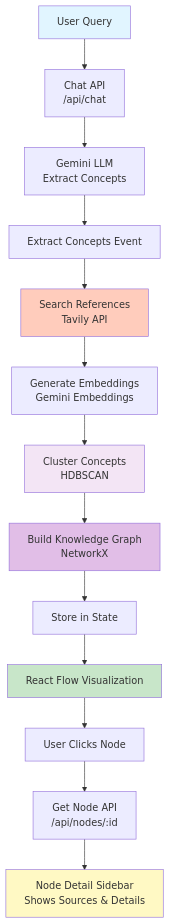
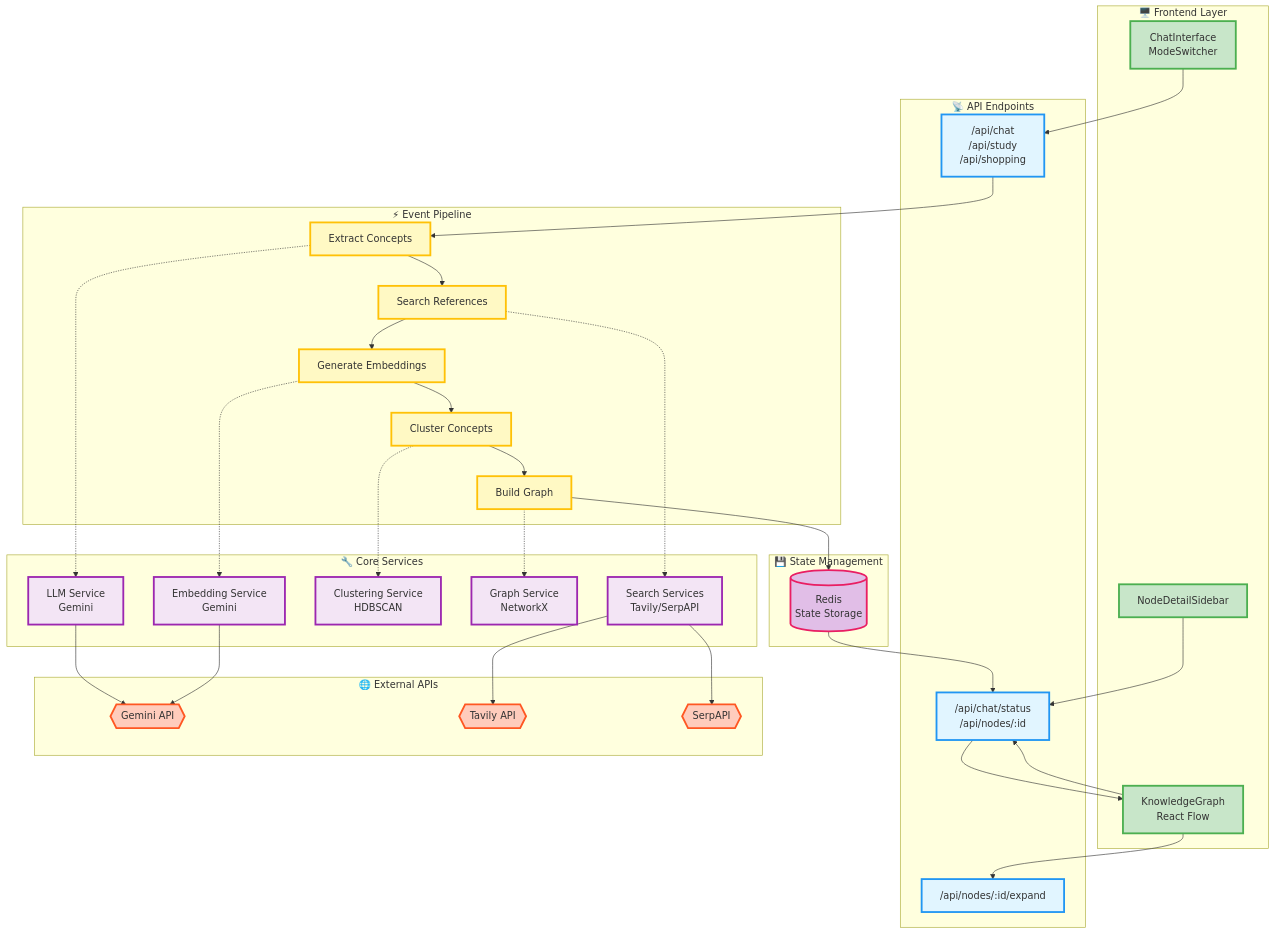
Before and after one commit to dhyaneesh/motia-hack: the diagram in README.md, drawn with Mermaid.

Commit message:
Revise architecture diagram in README

````diff
--- a/README.md
+++ b/README.md
@@ -71,22 +71,80 @@
 ```mermaid
-flowchart TD
-    User[User Query] --> API[Chat API<br/>/api/chat]
-    API --> LLM[Gemini LLM<br/>Extract Concepts]
-    LLM --> Extract[Extract Concepts Event]
-    Extract --> Search[Search References<br/>Tavily API]
-    Search --> Embed[Generate Embeddings<br/>Gemini Embeddings]
-    Embed --> Cluster[Cluster Concepts<br/>HDBSCAN]
-    Cluster --> Graph[Build Knowledge Graph<br/>NetworkX]
-    Graph --> State[Store in State]
-    State --> Frontend[React Flow Visualization]
-    Frontend --> NodeClick[User Clicks Node]
-    NodeClick --> GetNode[Get Node API<br/>/api/nodes/:id]
-    GetNode --> Sidebar[Node Detail Sidebar<br/>Shows Sources & Details]
-    
-    style User fill:#e1f5ff
-    style Frontend fill:#c8e6c9
-    style Sidebar fill:#fff9c4
-    style Search fill:#ffccbc
-    style Cluster fill:#f3e5f5
-    style Graph fill:#e1bee7
+flowchart TB
+    subgraph Frontend["🖥️ Frontend Layer"]
+        UI[ChatInterface<br/>ModeSwitcher]
+        Graph[KnowledgeGraph<br/>React Flow]
+        Sidebar[NodeDetailSidebar]
+    end
+
+    subgraph API["📡 API Endpoints"]
+        ChatAPI["/api/chat<br/>/api/study<br/>/api/shopping"]
+        StatusAPI["/api/chat/status<br/>/api/nodes/:id"]
+        ExpandAPI["/api/nodes/:id/expand"]
+    end
+
+    subgraph Events["⚡ Event Pipeline"]
+        Extract[Extract Concepts]
+        Search[Search References]
+        Embed[Generate Embeddings]
+        Cluster[Cluster Concepts]
+        Build[Build Graph]
+    end
+
+    subgraph Services["🔧 Core Services"]
+        LLM[LLM Service<br/>Gemini]
+        EmbedSvc[Embedding Service<br/>Gemini]
+        ClusterSvc[Clustering Service<br/>HDBSCAN]
+        GraphSvc[Graph Service<br/>NetworkX]
+        SearchSvc[Search Services<br/>Tavily/SerpAPI]
+    end
+
+    subgraph State["💾 State Management"]
+        Redis[(Redis<br/>State Storage)]
+    end
+
+    subgraph External["🌐 External APIs"]
+        Gemini{{Gemini API}}
+        Tavily{{Tavily API}}
+        SerpAPI{{SerpAPI}}
+    end
+
+    UI --> ChatAPI
+    Graph --> StatusAPI
+    Graph --> ExpandAPI
+    Sidebar --> StatusAPI
+
+    ChatAPI --> Extract
+    Extract --> Search
+    Search --> Embed
+    Embed --> Cluster
+    Cluster --> Build
+    Build --> Redis
+
+    Extract -.-> LLM
+    Search -.-> SearchSvc
+    Embed -.-> EmbedSvc
+    Cluster -.-> ClusterSvc
+    Build -.-> GraphSvc
+
+    LLM --> Gemini
+    EmbedSvc --> Gemini
+    SearchSvc --> Tavily
+    SearchSvc --> SerpAPI
+
+    Redis --> StatusAPI
+    StatusAPI --> Graph
+
+    classDef frontend fill:#c8e6c9,stroke:#4caf50,stroke-width:3px
+    classDef api fill:#e1f5ff,stroke:#2196f3,stroke-width:3px
+    classDef event fill:#fff9c4,stroke:#ffc107,stroke-width:3px
+    classDef service fill:#f3e5f5,stroke:#9c27b0,stroke-width:3px
+    classDef state fill:#e1bee7,stroke:#e91e63,stroke-width:3px
+    classDef external fill:#ffccbc,stroke:#ff5722,stroke-width:3px
+
+    class UI,Graph,Sidebar frontend
+    class ChatAPI,StatusAPI,ExpandAPI api
+    class Extract,Search,Embed,Cluster,Build event
+    class LLM,EmbedSvc,ClusterSvc,GraphSvc,SearchSvc service
+    class Redis state
+    class Gemini,Tavily,SerpAPI external
 ```
````
